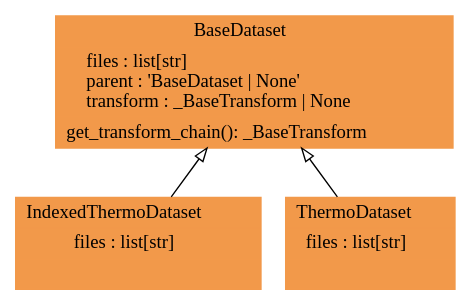
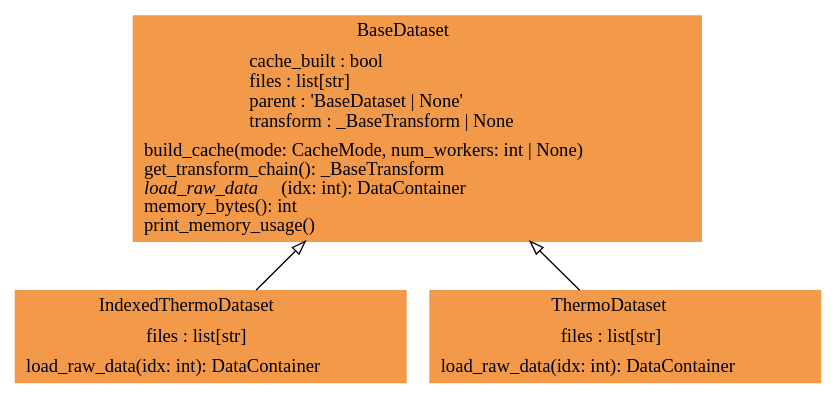
The diagram in docs/pyreverse/graphviz/classes_pythermondt.dataset.gv (voidsy-gmbh/pyThermoNDT), drawn with Graphviz before and after one commit. The commit also changed 19 other files, not shown here.

First line of the commit message:
Implement in-memory caching for all dataset types with support for lazy and immediate cache mode (#134)

```diff
--- a/docs/pyreverse/graphviz/classes_pythermondt.dataset.gv
+++ b/docs/pyreverse/graphviz/classes_pythermondt.dataset.gv
@@ -1,9 +1,9 @@
 digraph "classes_pythermondt.dataset" {
 rankdir=BT
 charset="utf-8"
-"pythermondt.dataset.base.BaseDataset" [color="#F2994A", fontcolor="black", label=<{BaseDataset|files : list[str]<br ALIGN="LEFT"/>parent : 'BaseDataset \| None'<br ALIGN="LEFT"/>transform : _BaseTransform \| None<br ALIGN="LEFT"/>|get_transform_chain(): _BaseTransform<br ALIGN="LEFT"/>}>, shape="record", style="filled"];
-"pythermondt.dataset.indexed_thermo_dataset.IndexedThermoDataset" [color="#F2994A", fontcolor="black", label=<{IndexedThermoDataset|files : list[str]<br ALIGN="LEFT"/>|}>, shape="record", style="filled"];
-"pythermondt.dataset.thermo_dataset.ThermoDataset" [color="#F2994A", fontcolor="black", label=<{ThermoDataset|files : list[str]<br ALIGN="LEFT"/>|}>, shape="record", style="filled"];
+"pythermondt.dataset.base.BaseDataset" [color="#F2994A", fontcolor="black", label=<{BaseDataset|cache_built : bool<br ALIGN="LEFT"/>files : list[str]<br ALIGN="LEFT"/>parent : 'BaseDataset \| None'<br ALIGN="LEFT"/>transform : _BaseTransform \| None<br ALIGN="LEFT"/>|build_cache(mode: CacheMode, num_workers: int \| None)<br ALIGN="LEFT"/>get_transform_chain(): _BaseTransform<br ALIGN="LEFT"/><I>load_raw_data</I>(idx: int): DataContainer<br ALIGN="LEFT"/>memory_bytes(): int<br ALIGN="LEFT"/>print_memory_usage()<br ALIGN="LEFT"/>}>, shape="record", style="filled"];
+"pythermondt.dataset.indexed_thermo_dataset.IndexedThermoDataset" [color="#F2994A", fontcolor="black", label=<{IndexedThermoDataset|files : list[str]<br ALIGN="LEFT"/>|load_raw_data(idx: int): DataContainer<br ALIGN="LEFT"/>}>, shape="record", style="filled"];
+"pythermondt.dataset.thermo_dataset.ThermoDataset" [color="#F2994A", fontcolor="black", label=<{ThermoDataset|files : list[str]<br ALIGN="LEFT"/>|load_raw_data(idx: int): DataContainer<br ALIGN="LEFT"/>}>, shape="record", style="filled"];
 "pythermondt.dataset.indexed_thermo_dataset.IndexedThermoDataset" -> "pythermondt.dataset.base.BaseDataset" [arrowhead="empty", arrowtail="none"];
 "pythermondt.dataset.thermo_dataset.ThermoDataset" -> "pythermondt.dataset.base.BaseDataset" [arrowhead="empty", arrowtail="none"];
 }
```
